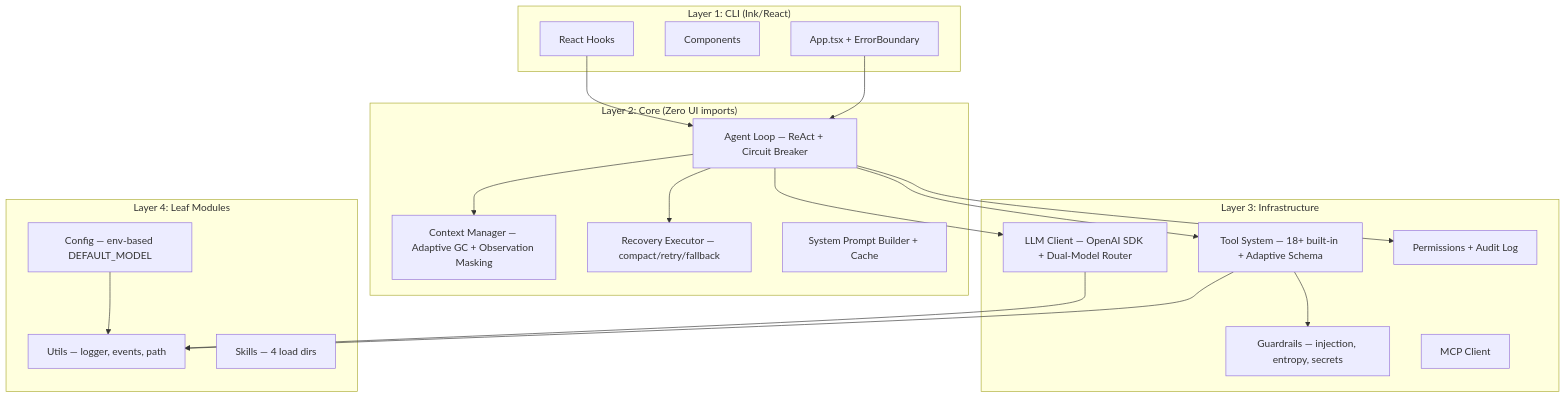
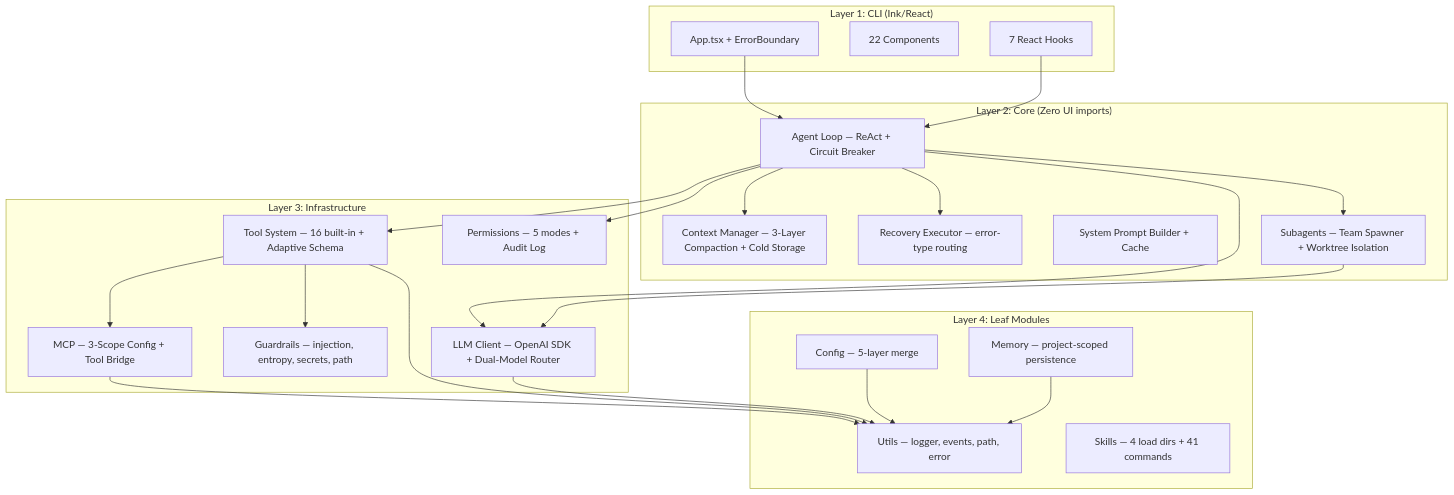
Before and after one commit to bigbulgogiburger/DHelix-Code: the diagram in CLAUDE.md, drawn with Mermaid. The commit also changed other lines of this file and 8 other files, not shown here.

````diff
--- a/CLAUDE.md
+++ b/CLAUDE.md
@@ -8,38 +8,45 @@
 ```mermaid
 graph TD
     subgraph CLI["Layer 1: CLI (Ink/React)"]
         APP[App.tsx + ErrorBoundary]
-        COMP[Components]
-        HOOKS[React Hooks]
+        COMP[22 Components]
+        HOOKS[7 React Hooks]
     end
     subgraph CORE["Layer 2: Core (Zero UI imports)"]
         AGENT[Agent Loop — ReAct + Circuit Breaker]
-        CTX[Context Manager — Adaptive GC + Observation Masking]
-        RECOVER[Recovery Executor — compact/retry/fallback]
+        CTX[Context Manager — 3-Layer Compaction + Cold Storage]
+        RECOVER[Recovery Executor — error-type routing]
         PROMPT[System Prompt Builder + Cache]
+        SUBAG[Subagents — Team Spawner + Worktree Isolation]
     end
     subgraph INFRA["Layer 3: Infrastructure"]
         LLM[LLM Client — OpenAI SDK + Dual-Model Router]
-        TOOLS[Tool System — 18+ built-in + Adaptive Schema]
-        GUARD[Guardrails — injection, entropy, secrets]
-        PERM[Permissions + Audit Log]
-        MCP_[MCP Client]
+        TOOLS[Tool System — 16 built-in + Adaptive Schema]
+        GUARD[Guardrails — injection, entropy, secrets, path]
+        PERM[Permissions — 5 modes + Audit Log]
+        MCP_[MCP — 3-Scope Config + Tool Bridge]
     end
     subgraph LEAF["Layer 4: Leaf Modules"]
-        UTILS[Utils — logger, events, path]
-        CONFIG["Config — env-based DEFAULT_MODEL"]
-        SKILLS[Skills — 4 load dirs]
+        UTILS[Utils — logger, events, path, error]
+        CONFIG["Config — 5-layer merge"]
+        SKILLS[Skills — 4 load dirs + 41 commands]
+        MEM[Memory — project-scoped persistence]
     end
 
     APP --> AGENT
     HOOKS --> AGENT
     AGENT --> LLM
     AGENT --> TOOLS
     AGENT --> PERM
     AGENT --> CTX
     AGENT --> RECOVER
+    AGENT --> SUBAG
+    SUBAG --> LLM
     TOOLS --> GUARD
+    TOOLS --> MCP_
+    MCP_ --> UTILS
     TOOLS --> UTILS
     LLM --> UTILS
     CONFIG --> UTILS
+    MEM --> UTILS
 ```
````
